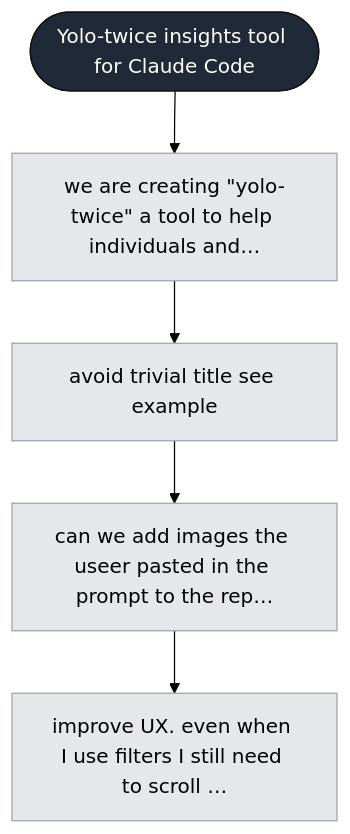
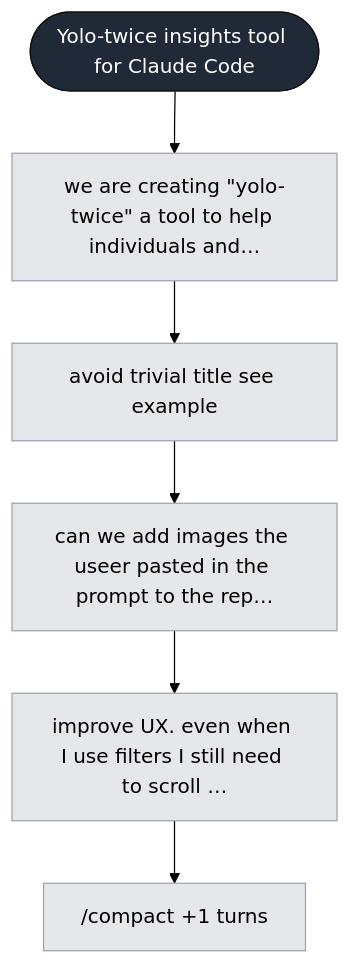
Before and after one commit to bar9/yolo-twice: the diagram in .yolo-twice/sessions/34b27ceb-5af1-4142-8334-ab80a4310636/graph.L1.mmd, drawn with Mermaid (forest theme). The commit also changed 4 other files, not shown here.

```diff
--- a/.yolo-twice/sessions/34b27ceb-5af1-4142-8334-ab80a4310636/graph.L1.mmd
+++ b/.yolo-twice/sessions/34b27ceb-5af1-4142-8334-ab80a4310636/graph.L1.mmd
@@ -1,24 +1,27 @@
 flowchart TD
   s_34b27ceb_5af1_4142_8334_ab80a4310636(["Yolo-twice insights tool for Claude Code"])
   p1["we are creating #quot;yolo-twice#quot; a tool to help individuals and…"]
   p2["avoid trivial title see example"]
   p3["can we add images the useer pasted in the prompt to the rep…"]
   p4["improve UX. even when I use filters I still need to scroll …"]
+  p5["/compact  +1 turns "]
   s_34b27ceb_5af1_4142_8334_ab80a4310636 --> p1
   p1 --> p2
   p2 --> p3
   p3 --> p4
+  p4 --> p5
   classDef session fill:#1f2937,color:#fff,stroke:#111;
   classDef phase fill:#e5e7eb,stroke:#9ca3af;
   classDef turn fill:#dbeafe,stroke:#60a5fa;
   classDef branch fill:#fde68a,stroke:#d97706;
   classDef subagent fill:#ede9fe,stroke:#8b5cf6;
   classDef tool fill:#dcfce7,stroke:#22c55e;
   classDef error fill:#fee2e2,stroke:#ef4444;
   classDef text fill:#f3f4f6,stroke:#9ca3af;
   classDef thinking fill:#f3f4f6,stroke:#d1d5db,stroke-dasharray: 3 3;
   class s_34b27ceb_5af1_4142_8334_ab80a4310636 session;
   class p1 phase;
   class p2 phase;
   class p3 phase;
   class p4 phase;
+  class p5 phase;
```
